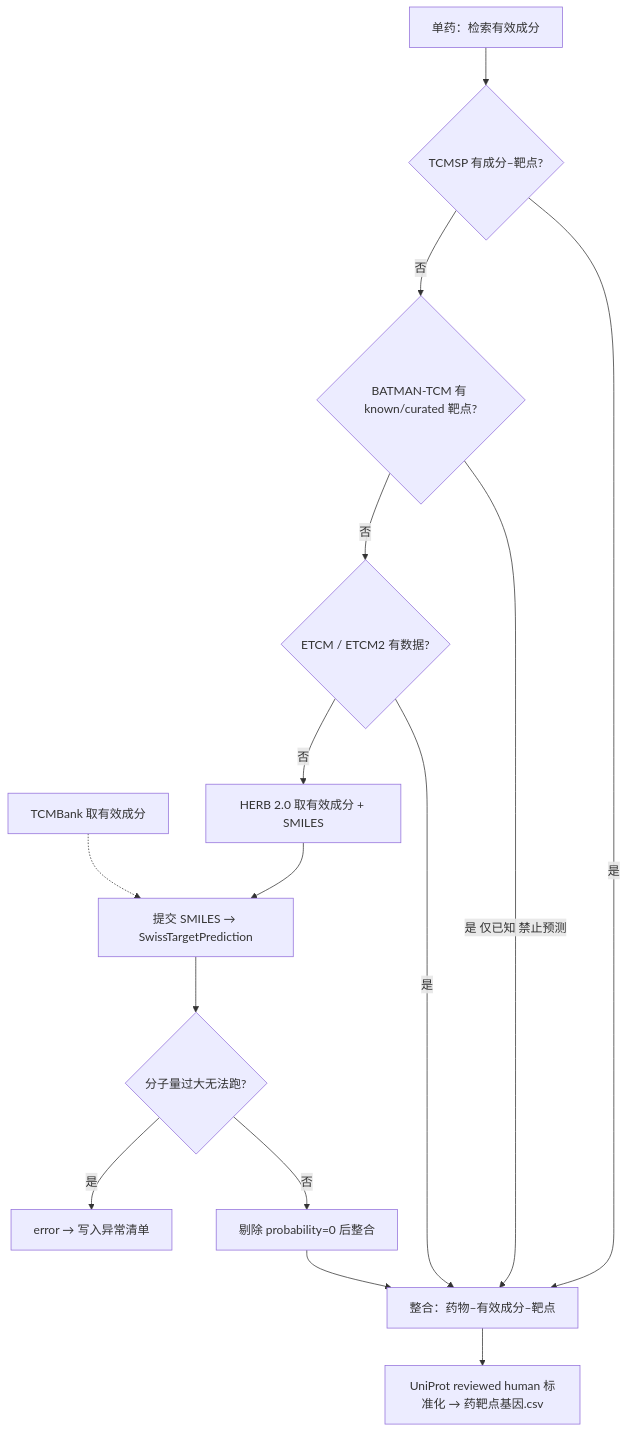
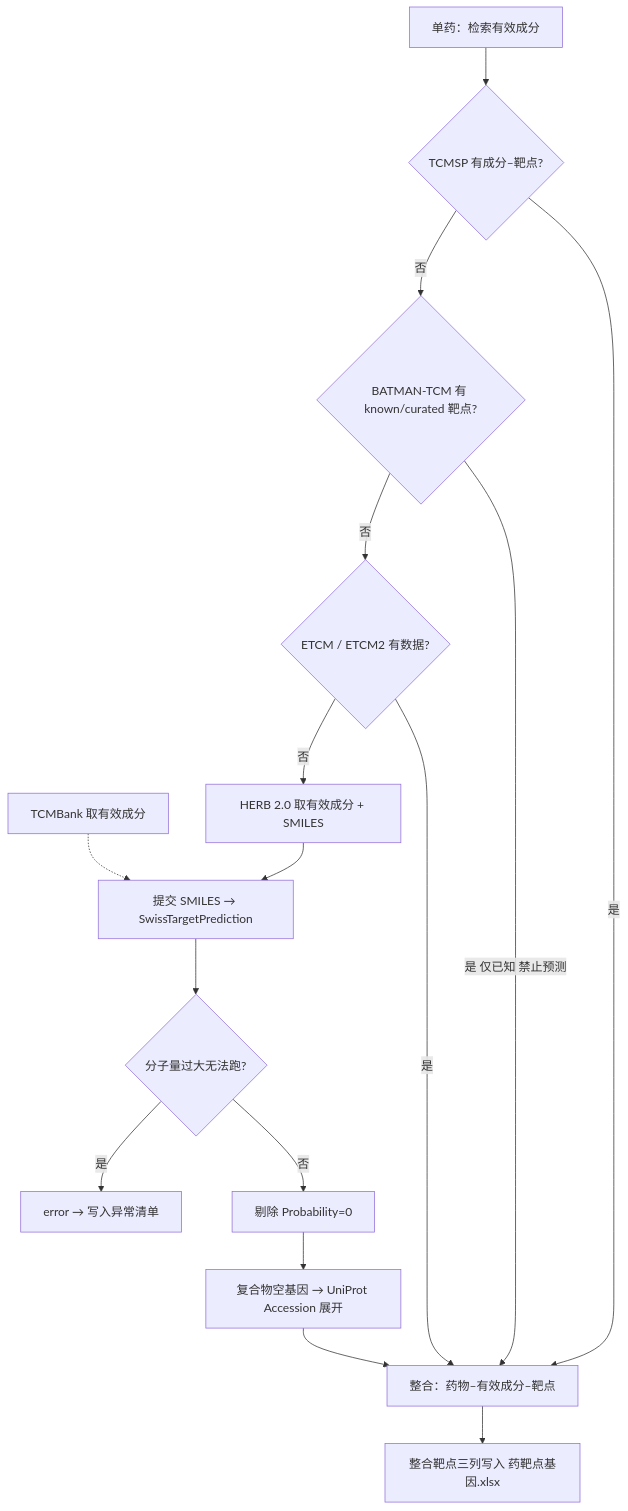
Before and after one commit to buyongqucai/RProject: the diagram in 生信分析技能_BioinformaticsSkills/03_药物计算_DrugDiscovery/网络药理学_NetworkPharmacology/技能说明_网络药理学_NetworkPharmacology.md, drawn with Mermaid. The commit also changed other lines of this file and 213 other files, not shown here.

````diff
--- a/生信分析技能_BioinformaticsSkills/03_药物计算_DrugDiscovery/网络药理学_NetworkPharmacology/技能说明_网络药理学_NetworkPharmacology.md
+++ b/生信分析技能_BioinformaticsSkills/03_药物计算_DrugDiscovery/网络药理学_NetworkPharmacology/技能说明_网络药理学_NetworkPharmacology.md
@@ -122,17 +125,18 @@
 ```mermaid
 flowchart TD
   A[单药：检索有效成分] --> B{TCMSP 有成分–靶点?}
   B -->|是| Z[整合：药物–有效成分–靶点]
   B -->|否| C{BATMAN-TCM 有 known/curated 靶点?}
   C -->|是 仅已知 禁止预测| Z
   C -->|否| D{ETCM / ETCM2 有数据?}
   D -->|是| Z
   D -->|否| E[HERB 2.0 取有效成分 + SMILES]
   E --> F[提交 SMILES → SwissTargetPrediction]
   F --> G{分子量过大无法跑?}
   G -->|是| X[error → 写入异常清单]
-  G -->|否| H[剔除 probability=0 后整合]
-  H --> Z
+  G -->|否| H[剔除 Probability=0]
+  H --> I[复合物空基因 → UniProt Accession 展开]
+  I --> Z
   T[TCMBank 取有效成分] -.-> F
-  Z --> U[UniProt reviewed human 标准化 → 药靶点基因.csv]
+  Z --> U[整合靶点三列写入 药靶点基因.xlsx]
 ```
````
